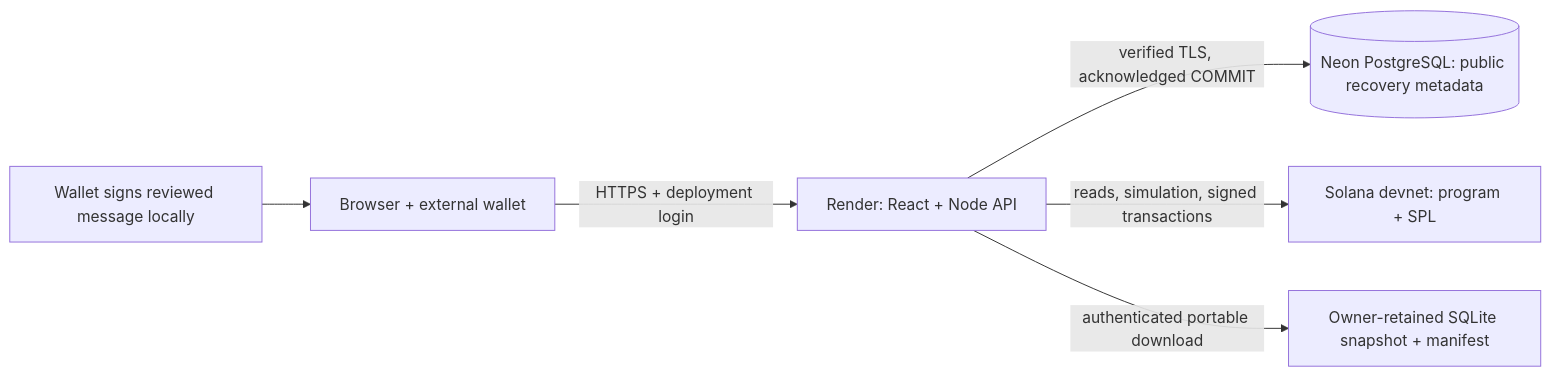
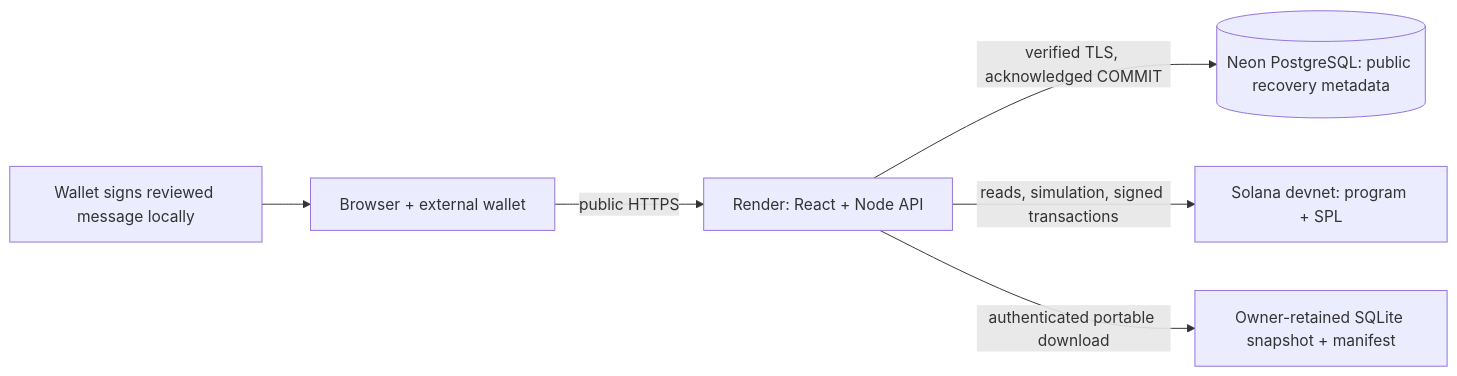
The diagram in docs/31-HOSTING.md (dimik98330/solana-worldsfair-2026), drawn with Mermaid before and after one commit. The commit also changed other lines of this file and 11 other files, not shown here.

````diff
--- a/docs/31-HOSTING.md
+++ b/docs/31-HOSTING.md
@@ -9,8 +9,8 @@
 ```mermaid
 flowchart LR
-  Browser[Browser + external wallet] -->|HTTPS + deployment login| App[Render: React + Node API]
+  Browser[Browser + external wallet] -->|public HTTPS| App[Render: React + Node API]
   App -->|verified TLS, acknowledged COMMIT| PG[(Neon PostgreSQL: public recovery metadata)]
   App -->|reads, simulation, signed transactions| Solana[Solana devnet: program + SPL]
   Wallet[Wallet signs reviewed message locally] --> Browser
   App -->|authenticated portable download| Backup[Owner-retained SQLite snapshot + manifest]
 ```
````
